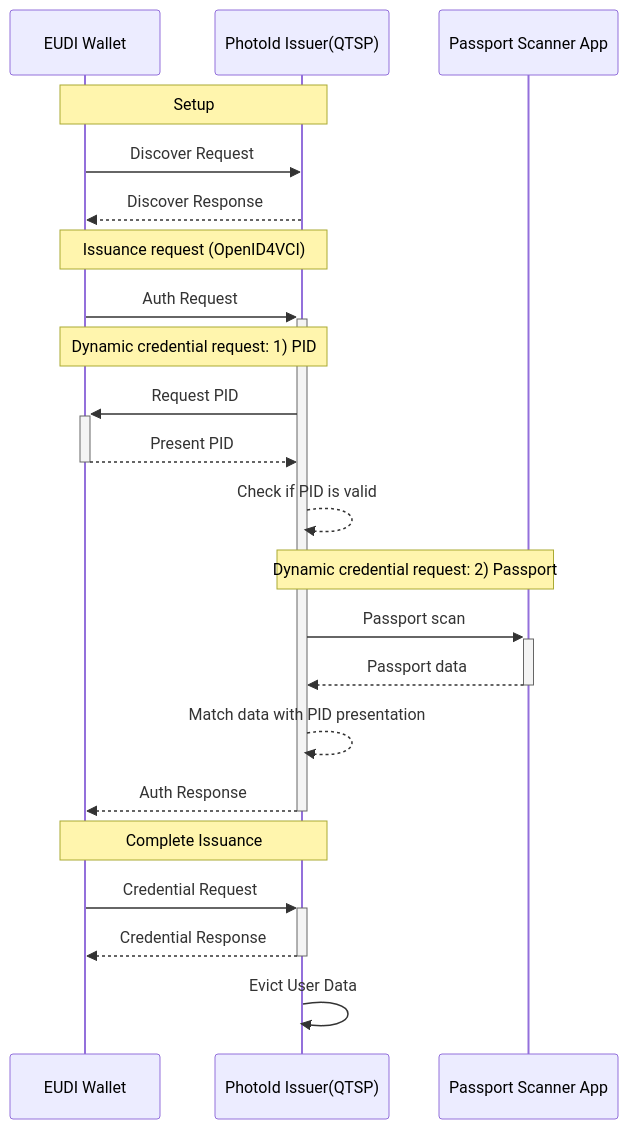
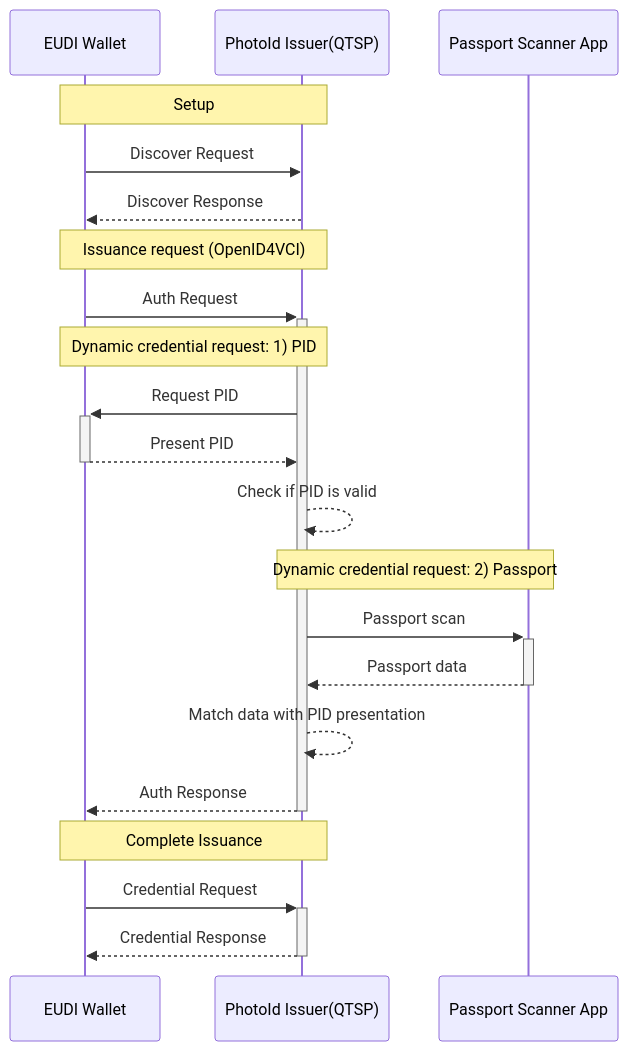
One commit to EWC-consortium/eudi-wallet-rfcs changed the first of 2 diagrams in ewc-rfc013-issue-photoid.md. Above: the diagram before and after it, drawn with Mermaid. The commit also changed other lines of this file, not shown here.

````diff
--- a/ewc-rfc013-issue-photoid.md
+++ b/ewc-rfc013-issue-photoid.md
@@ -145,33 +147,32 @@
 ```mermaid
 sequenceDiagram
 
     participant W as EUDI Wallet
     participant IS as PhotoId Issuer(QTSP)
     participant PS as Passport Scanner App
     
     Note over W,IS: Setup
 
     W->>IS: Discover Request
     IS-->>W: Discover Response
 
    
     Note over W,IS: Issuance request (OpenID4VCI)
     W->>+IS: Auth Request 
     
     Note over W,IS: Dynamic credential request: 1) PID
     IS->>+W: Request PID 
     W-->>-IS: Present PID
     IS-->>IS: Check if PID is valid
     
     Note over PS,IS: Dynamic credential request: 2) Passport
     IS->>+PS: Passport scan 
     PS-->>-IS: Passport data
     IS-->>IS: Match data with PID presentation
     IS-->>-W: Auth Response 
 
     Note over W,IS: Complete Issuance  
     W->>+IS: Credential Request
     IS-->>-W: Credential Response
 
-    IS->>IS: Evict User Data
 ```
````
